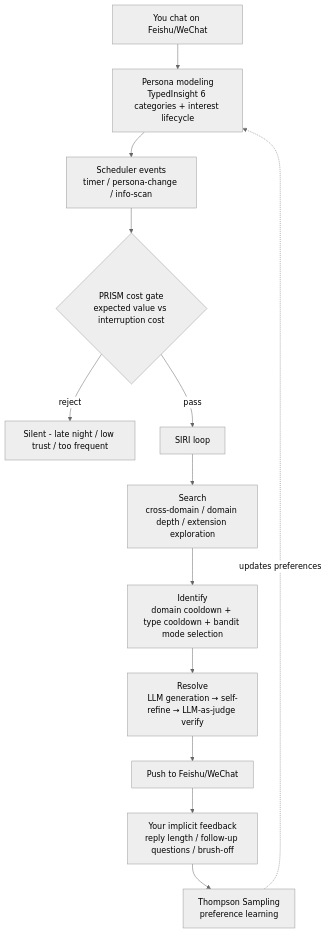
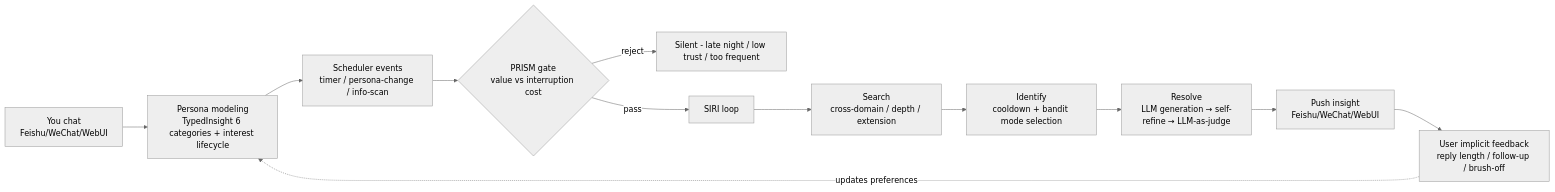
One commit to Kaiji-Z/kaijibot changed the diagram in README.en.md. Above: the diagram before and after it, drawn with Mermaid (neutral theme). The commit also changed 1 other file, not shown here.

Commit message:
docs: switch pipeline diagram to LR layout and add WebUI as delivery channel
- mermaid flowchart TD → LR for horizontal reading flow
- Insight delivery node now lists Feishu/WeChat/WebUI (was Feishu/WeChat only)
- Input node also reflects WebUI as a conversation surface
- Applied to both README.md and README.en.md

````diff
--- a/README.en.md
+++ b/README.en.md
@@ -36,15 +36,14 @@
 ```mermaid
-flowchart TD
-    U[You chat on Feishu/WeChat] --> P[Persona modeling<br/>TypedInsight 6 categories + interest lifecycle]
+flowchart LR
+    U[You chat<br/>Feishu/WeChat/WebUI] --> P[Persona modeling<br/>TypedInsight 6 categories + interest lifecycle]
     P --> S[Scheduler events<br/>timer / persona-change / info-scan]
-    S --> G{PRISM cost gate<br/>expected value vs interruption cost}
+    S --> G{PRISM gate<br/>value vs interruption cost}
     G -- reject --> SKIP[Silent - late night / low trust / too frequent]
     G -- pass --> SR[SIRI loop]
-    SR --> SE[Search<br/>cross-domain / domain depth / extension exploration]
-    SE --> ID[Identify<br/>domain cooldown + type cooldown + bandit mode selection]
-    ID --> RS[Resolve<br/>LLM generation → self-refine → LLM-as-judge verify]
-    RS --> DL[Push to Feishu/WeChat]
-    DL --> F[Your implicit feedback<br/>reply length / follow-up questions / brush-off]
-    F --> TS[Thompson Sampling<br/>preference learning]
-    TS -.updates preferences.-> P
+    SR --> SE[Search<br/>cross-domain / depth / extension]
+    SE --> ID[Identify<br/>cooldown + bandit mode selection]
+    ID --> RS[Resolve<br/>LLM generation → self-refine → LLM-as-judge]
+    RS --> DL[Push insight<br/>Feishu/WeChat/WebUI]
+    DL --> F[User implicit feedback<br/>reply length / follow-up / brush-off]
+    F -.updates preferences.-> P
 ```
````
